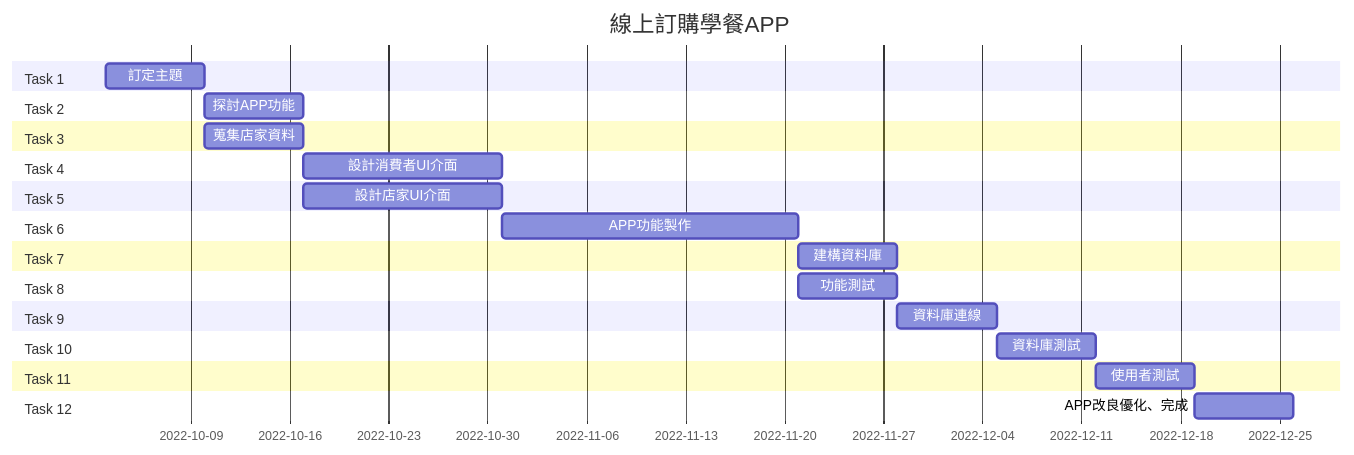
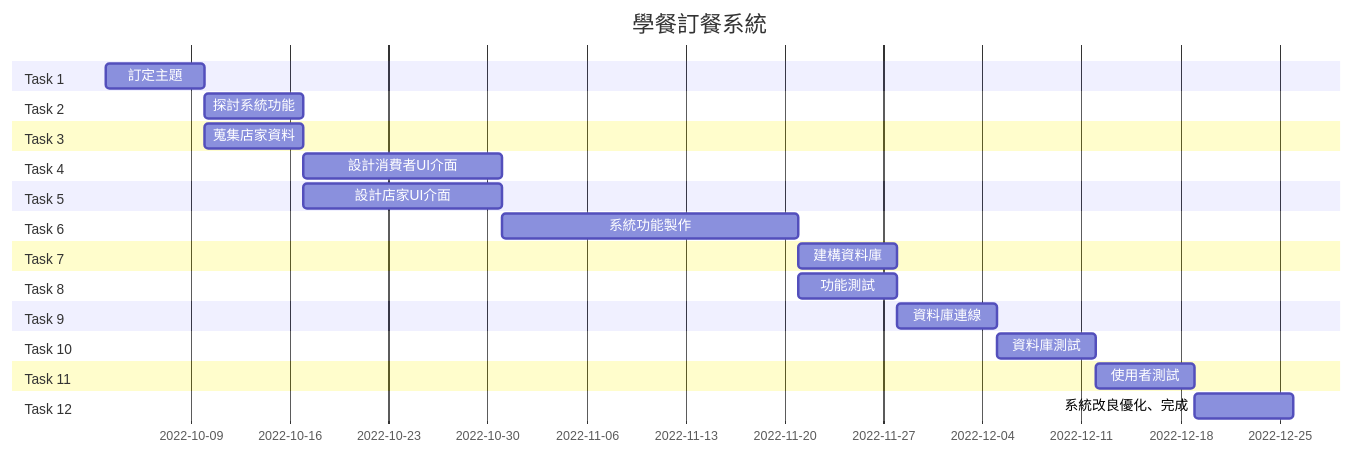
One commit to woni1215/System-analysis-team3 changed the diagram in README.md. Above: the diagram before and after it, drawn with Mermaid. The commit also changed other lines of this file, not shown here.

````diff
--- a/README.md
+++ b/README.md
@@ -16,29 +16,29 @@
 ```mermaid
 gantt
-    title 線上訂購學餐APP
+    title 學餐訂餐系統
     dateFormat  YYYY-MM-DD
     section Task 1
     訂定主題 :t1 , 2022-10-03 , 1w
     section Task 2
-    探討APP功能 :t2 , after t1 , 1w
+    探討系統功能 :t2 , after t1 , 1w
     section Task 3
     蒐集店家資料 :t3 , after t1 , 1w
     section Task 4
     設計消費者UI介面 :t4 , after t2 , 2w
     section Task 5
     設計店家UI介面 :t5 , after t2 , 2w
     section Task 6
-    APP功能製作 :t6 , after t4 , 3w
+    系統功能製作 :t6 , after t4 , 3w
     section Task 7
     建構資料庫 :t7 , after t6 , 1w
     section Task 8
     功能測試 :t8 , after t6 , 1w
     section Task 9
     資料庫連線 :t9 , after t8 , 1w
     section Task 10
     資料庫測試 :t10 , after t9 , 1w
     section Task 11
     使用者測試 :t11 , after t10 , 1w
     section Task 12
-    APP改良優化、完成 :t12 , after t11 , 1w
+    系統改良優化、完成 :t12 , after t11 , 1w
 ```
````
